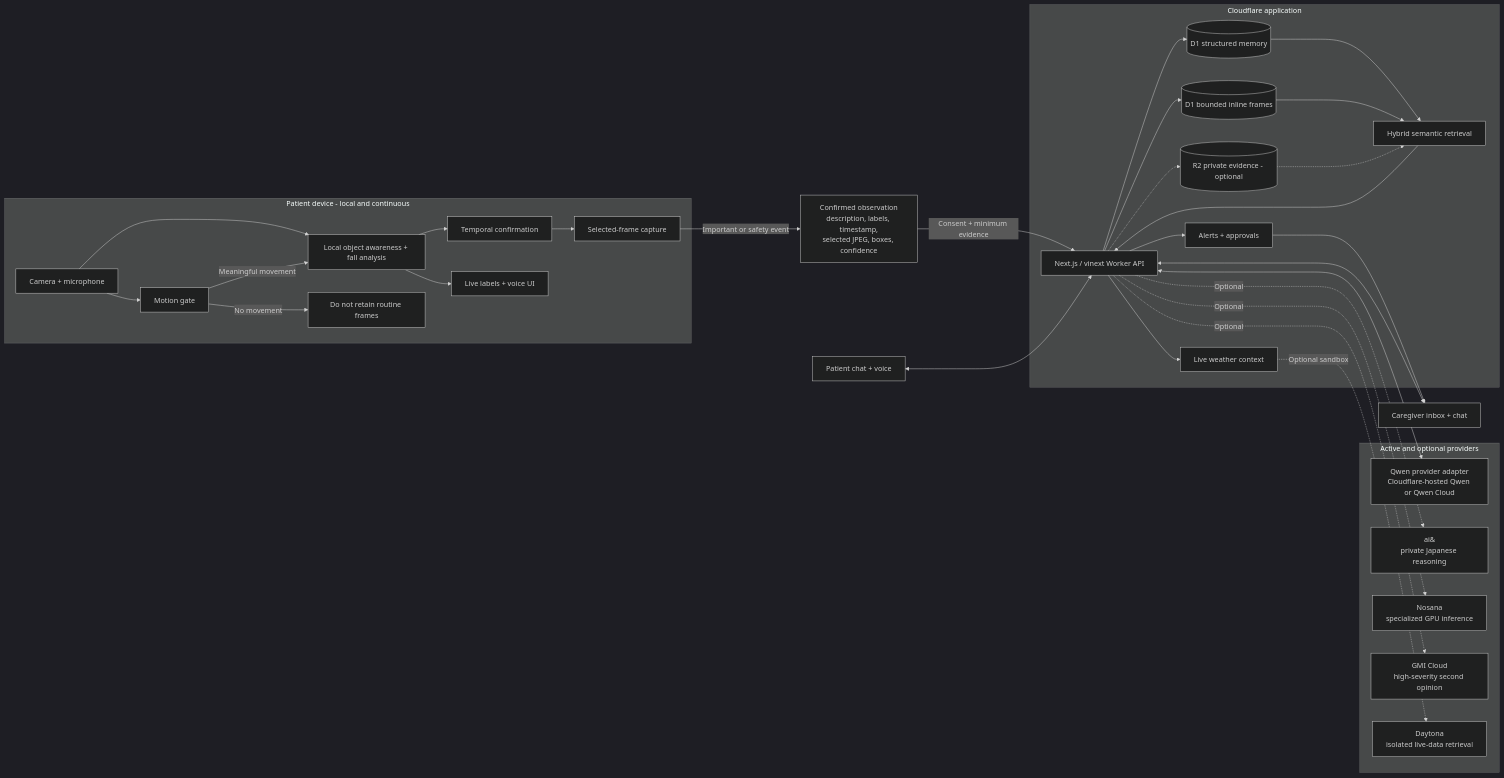
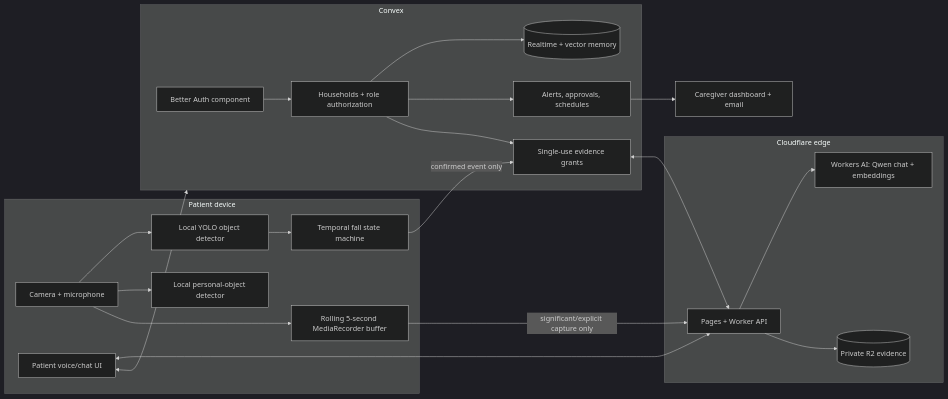
Before and after one commit to ksmostofa/tomo: the diagram in README.md, drawn with Mermaid (dark theme). The commit also changed other lines of this file and 67 other files, not shown here.

````diff
--- a/README.md
+++ b/README.md
@@ -55,64 +28,42 @@
 ```mermaid
 flowchart LR
-  subgraph DEVICE["Patient device - local and continuous"]
-    INPUT["Camera + microphone"]
-    GATE["Motion gate"]
-    VISION["Local object awareness + fall analysis"]
-    CONFIRM["Temporal confirmation"]
-    SELECT["Selected-frame capture"]
-    OVERLAY["Live labels + voice UI"]
-    DELETE["Do not retain routine frames"]
-
-    INPUT --> GATE
-    INPUT --> VISION
-    GATE -->|Meaningful movement| VISION
-    GATE -->|No movement| DELETE
-    VISION --> OVERLAY
-    VISION --> CONFIRM --> SELECT
+  subgraph Device["Patient device"]
+    CAM["Camera + microphone"]
+    YOLO["Local YOLO object detector"]
+    PERSONAL["Local personal-object detector"]
+    FALL["Temporal fall state machine"]
+    BUFFER["Rolling 5-second MediaRecorder buffer"]
+    UI["Patient voice/chat UI"]
+    CAM --> YOLO
+    CAM --> PERSONAL
+    YOLO --> FALL
+    CAM --> BUFFER
   end
 
-  EVENT["Confirmed observation<br/>description, labels, timestamp,<br/>selected JPEG, boxes, confidence"]
-  SELECT -->|Important or safety event| EVENT
-
-  subgraph EDGE["Cloudflare application"]
-    API["Next.js / vinext Worker API"]
-    D1[("D1 structured memory")]
-    INLINE[("D1 bounded inline frames")]
-    R2[("R2 private evidence - optional")]
-    SEARCH["Hybrid semantic retrieval"]
-    ALERTS["Alerts + approvals"]
-    CONTEXT["Live weather context"]
-
-    API --> D1
-    API --> INLINE
-    API -.-> R2
-    D1 --> SEARCH
-    INLINE --> SEARCH
-    R2 -.-> SEARCH
-    API --> ALERTS
-    API --> CONTEXT
-    SEARCH --> API
+  subgraph Edge["Cloudflare edge"]
+    APP["Pages + Worker API"]
+    AI["Workers AI: Qwen chat + embeddings"]
+    R2[("Private R2 evidence")]
+    APP --> AI
+    APP --> R2
   end
 
-  EVENT -->|Consent + minimum evidence| API
-
-  subgraph PROVIDERS["Active and optional providers"]
-    QWEN["Qwen provider adapter<br/>Cloudflare-hosted Qwen or Qwen Cloud"]
-    AIAND["ai&amp;<br/>private Japanese reasoning"]
-    NOSANA["Nosana<br/>specialized GPU inference"]
-    GMI["GMI Cloud<br/>high-severity second opinion"]
-    DAYTONA["Daytona<br/>isolated live-data retrieval"]
+  subgraph Data["Convex"]
+    AUTH["Better Auth component"]
+    ACL["Households + role authorization"]
+    MEMORY[("Realtime + vector memory")]
+    CARE["Alerts, approvals, schedules"]
+    GRANTS["Single-use evidence grants"]
+    AUTH --> ACL
+    ACL --> MEMORY
+    ACL --> CARE
+    ACL --> GRANTS
   end
 
-  API <--> QWEN
-  API -.->|Optional| AIAND
-  API -.->|Optional| NOSANA
-  API -.->|Optional| GMI
-  CONTEXT -.->|Optional sandbox| DAYTONA
-
-  PATIENT["Patient chat + voice"]
-  CAREGIVER["Caregiver inbox + chat"]
-  PATIENT <--> API
-  CAREGIVER <--> API
-  ALERTS --> CAREGIVER
+  UI <--> APP
+  UI <--> Data
+  FALL -->|"confirmed event only"| GRANTS
+  BUFFER -->|"significant/explicit capture only"| APP
+  GRANTS <--> APP
+  CARE --> CAREUI["Caregiver dashboard + email"]
 ```
````
